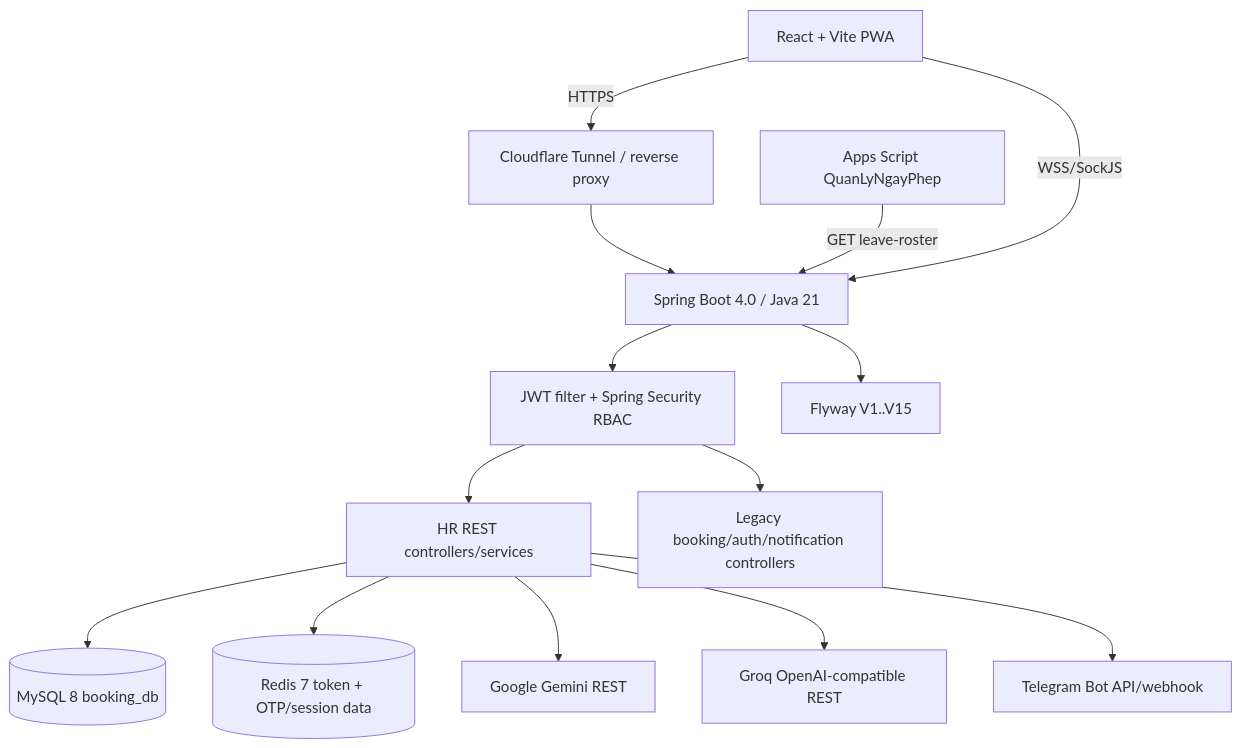
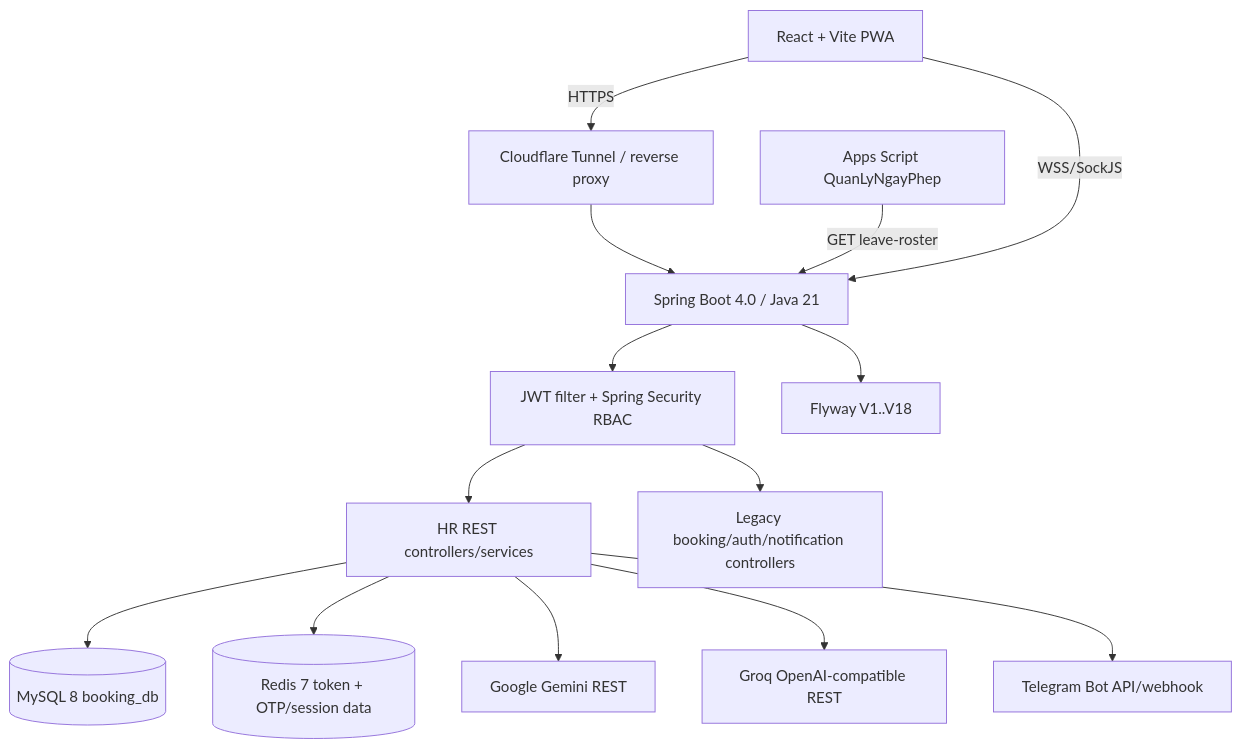
One commit to ThuanNgcodelor/CFCBase changed the diagram in documents/PROJECT_MASTER_CONTEXT.md. Above: the diagram before and after it, drawn with Mermaid. The commit also changed other lines of this file and 5 other files, not shown here.

````diff
--- a/documents/PROJECT_MASTER_CONTEXT.md
+++ b/documents/PROJECT_MASTER_CONTEXT.md
@@ -25,16 +25,16 @@
 ```mermaid
 flowchart TB
     Browser[React + Vite PWA] -->|HTTPS| Tunnel[Cloudflare Tunnel / reverse proxy]
     Tunnel --> Backend[Spring Boot 4.0 / Java 21]
     Backend --> Security[JWT filter + Spring Security RBAC]
     Security --> HR[HR REST controllers/services]
     Security --> Legacy[Legacy booking/auth/notification controllers]
     HR --> MySQL[(MySQL 8 booking_db)]
     HR --> Redis[(Redis 7 token + OTP/session data)]
-    Backend --> Flyway[Flyway V1..V15]
+    Backend --> Flyway[Flyway V1..V18]
     HR --> Gemini[Google Gemini REST]
     HR --> Groq[Groq OpenAI-compatible REST]
     HR --> Telegram[Telegram Bot API/webhook]
     AppScript[Apps Script QuanLyNgayPhep] -->|GET leave-roster| Backend
     Browser -->|WSS/SockJS| Backend
 ```
````
